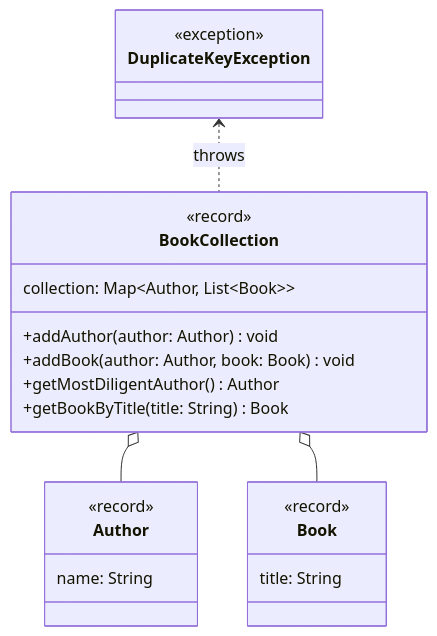
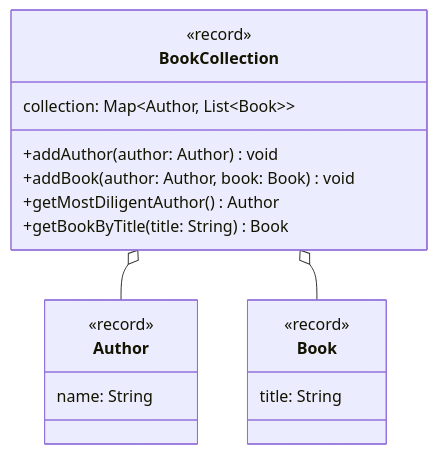
Before and after one commit to jappuccini/java-docs: the diagram in docs/exercises/maps/maps02.mdx, drawn with Mermaid. The commit also changed other lines of this file and 64 other files, not shown here.

````diff
--- a/docs/exercises/maps/maps02.mdx
+++ b/docs/exercises/maps/maps02.mdx
@@ -16,29 +17,24 @@
 ```mermaid
 classDiagram
     BookCollection o-- Author
     BookCollection o-- Book
-    DuplicateKeyException <.. BookCollection : throws
 
     class Author {
         <<record>>
         name: String
     }
 
     class Book {
         <<record>>
         title: String
     }
 
     class BookCollection {
         <<record>>
         collection: Map~Author&sbquo; List~Book~~
         +addAuthor(author: Author) void
         +addBook(author: Author, book: Book) void
         +getMostDiligentAuthor() Author
         +getBookByTitle(title: String) Book
     }
-
-    class DuplicateKeyException {
-    	<<exception>>
-    }
 ```
````
